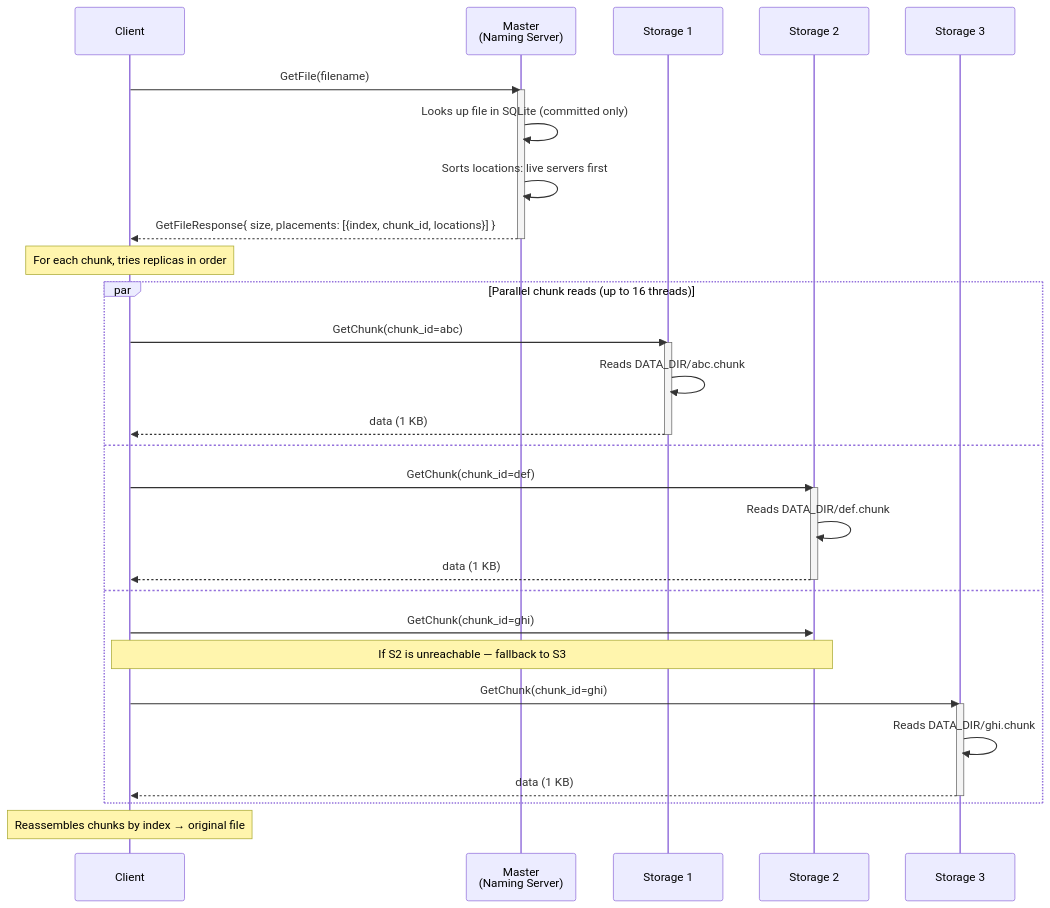
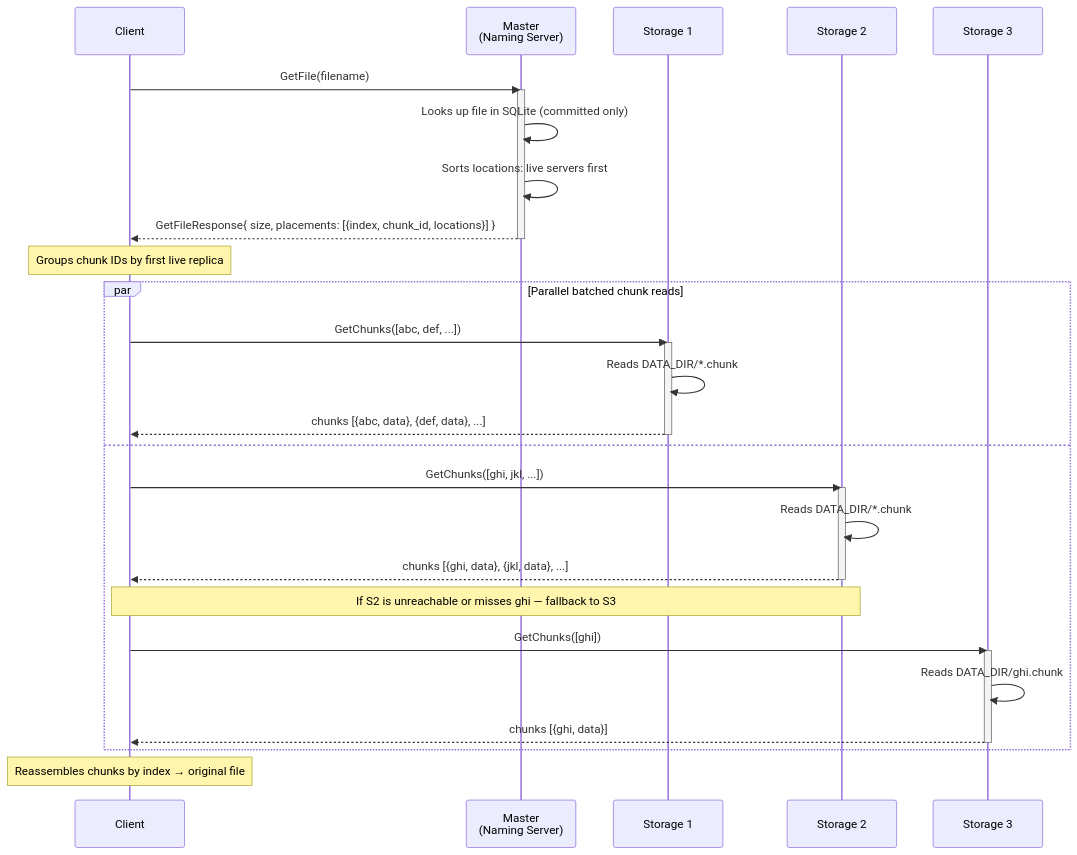
Before and after one commit to homomorfism/gfs-distributed-file-system: the second of 3 diagrams in docs/communication-flows.md, drawn with Mermaid. The commit also changed other lines of this file and 8 other files, not shown here.

Commit message:
Add batched chunk reads

````diff
--- a/docs/communication-flows.md
+++ b/docs/communication-flows.md
@@ -92,41 +92,40 @@
 ```mermaid
 sequenceDiagram
     participant C as Client
     participant M as Master<br/>(Naming Server)
     participant S1 as Storage 1
     participant S2 as Storage 2
     participant S3 as Storage 3
 
     C->>M: GetFile(filename)
     activate M
     M->>M: Looks up file in SQLite (committed only)
     M->>M: Sorts locations: live servers first
     M-->>C: GetFileResponse{ size, placements: [{index, chunk_id, locations}] }
     deactivate M
 
-    Note over C: For each chunk, tries replicas in order
+    Note over C: Groups chunk IDs by first live replica
 
-    par Parallel chunk reads (up to 16 threads)
-        C->>S1: GetChunk(chunk_id=abc)
+    par Parallel batched chunk reads
+        C->>S1: GetChunks([abc, def, ...])
         activate S1
-        S1->>S1: Reads DATA_DIR/abc.chunk
-        S1-->>C: data (1 KB)
+        S1->>S1: Reads DATA_DIR/*.chunk
+        S1-->>C: chunks [{abc, data}, {def, data}, ...]
         deactivate S1
     and
-        C->>S2: GetChunk(chunk_id=def)
+        C->>S2: GetChunks([ghi, jkl, ...])
         activate S2
-        S2->>S2: Reads DATA_DIR/def.chunk
-        S2-->>C: data (1 KB)
+        S2->>S2: Reads DATA_DIR/*.chunk
+        S2-->>C: chunks [{ghi, data}, {jkl, data}, ...]
         deactivate S2
-    and
-        C->>S2: GetChunk(chunk_id=ghi)
-        Note over C,S2: If S2 is unreachable — fallback to S3
-        C->>S3: GetChunk(chunk_id=ghi)
+
+        Note over C,S2: If S2 is unreachable or misses ghi — fallback to S3
+        C->>S3: GetChunks([ghi])
         activate S3
         S3->>S3: Reads DATA_DIR/ghi.chunk
-        S3-->>C: data (1 KB)
+        S3-->>C: chunks [{ghi, data}]
         deactivate S3
     end
 
     Note over C: Reassembles chunks by index → original file
 ```
````
